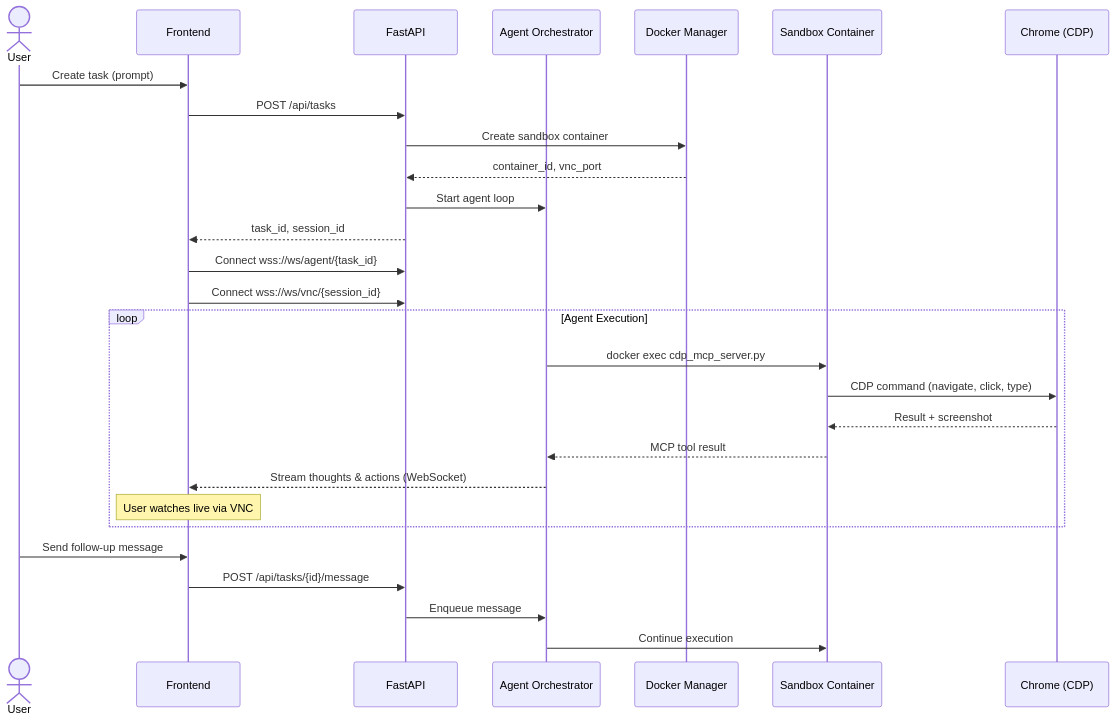
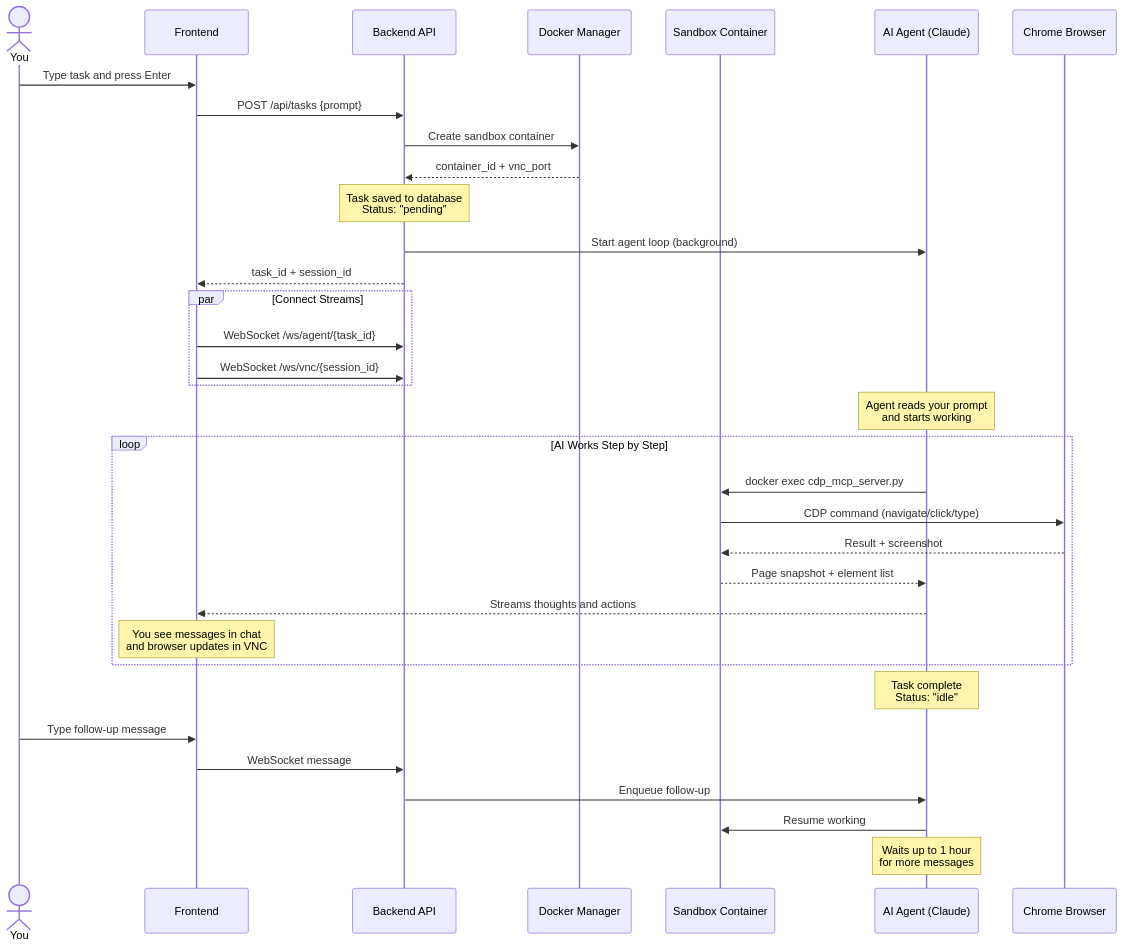
One commit to shankasf/compsphere changed the fourth of 9 diagrams in README.md. Above: the diagram before and after it, drawn with Mermaid. The commit also changed other lines of this file and 7 other files, not shown here.

First line of the commit message:
feat: Fix Chrome sandbox startup, add auto-login, and rewrite README

````diff
--- a/README.md
+++ b/README.md
@@ -103,34 +146,45 @@
 ```mermaid
 sequenceDiagram
-    actor User
+    actor You
     participant FE as Frontend
-    participant API as FastAPI
-    participant Orch as Agent Orchestrator
+    participant API as Backend API
     participant Docker as Docker Manager
     participant Sandbox as Sandbox Container
-    participant Chrome as Chrome (CDP)
+    participant Agent as AI Agent (Claude)
+    participant Chrome as Chrome Browser
 
-    User->>FE: Create task (prompt)
-    FE->>API: POST /api/tasks
+    You->>FE: Type task and press Enter
+    FE->>API: POST /api/tasks {prompt}
     API->>Docker: Create sandbox container
-    Docker-->>API: container_id, vnc_port
-    API->>Orch: Start agent loop
-    API-->>FE: task_id, session_id
+    Docker-->>API: container_id + vnc_port
 
-    FE->>API: Connect wss://ws/agent/{task_id}
-    FE->>API: Connect wss://ws/vnc/{session_id}
+    Note over API: Task saved to database<br/>Status: "pending"
 
-    loop Agent Execution
-        Orch->>Sandbox: docker exec cdp_mcp_server.py
-        Sandbox->>Chrome: CDP command (navigate, click, type)
-        Chrome-->>Sandbox: Result + screenshot
-        Sandbox-->>Orch: MCP tool result
-        Orch-->>FE: Stream thoughts & actions (WebSocket)
-        Note over FE: User watches live via VNC
+    API->>Agent: Start agent loop (background)
+    API-->>FE: task_id + session_id
+
+    par Connect Streams
+        FE->>API: WebSocket /ws/agent/{task_id}
+        FE->>API: WebSocket /ws/vnc/{session_id}
     end
 
-    User->>FE: Send follow-up message
-    FE->>API: POST /api/tasks/{id}/message
-    API->>Orch: Enqueue message
-    Orch->>Sandbox: Continue execution
+    Note over Agent: Agent reads your prompt<br/>and starts working
+
+    loop AI Works Step by Step
+        Agent->>Sandbox: docker exec cdp_mcp_server.py
+        Sandbox->>Chrome: CDP command (navigate/click/type)
+        Chrome-->>Sandbox: Result + screenshot
+        Sandbox-->>Agent: Page snapshot + element list
+        Agent-->>FE: Streams thoughts and actions
+        Note over FE: You see messages in chat<br/>and browser updates in VNC
+    end
+
+    Note over Agent: Task complete<br/>Status: "idle"
+
+    You->>FE: Type follow-up message
+    FE->>API: WebSocket message
+    API->>Agent: Enqueue follow-up
+    Agent->>Sandbox: Resume working
+
+    Note over Agent: Waits up to 1 hour<br/>for more messages
 ```
````
